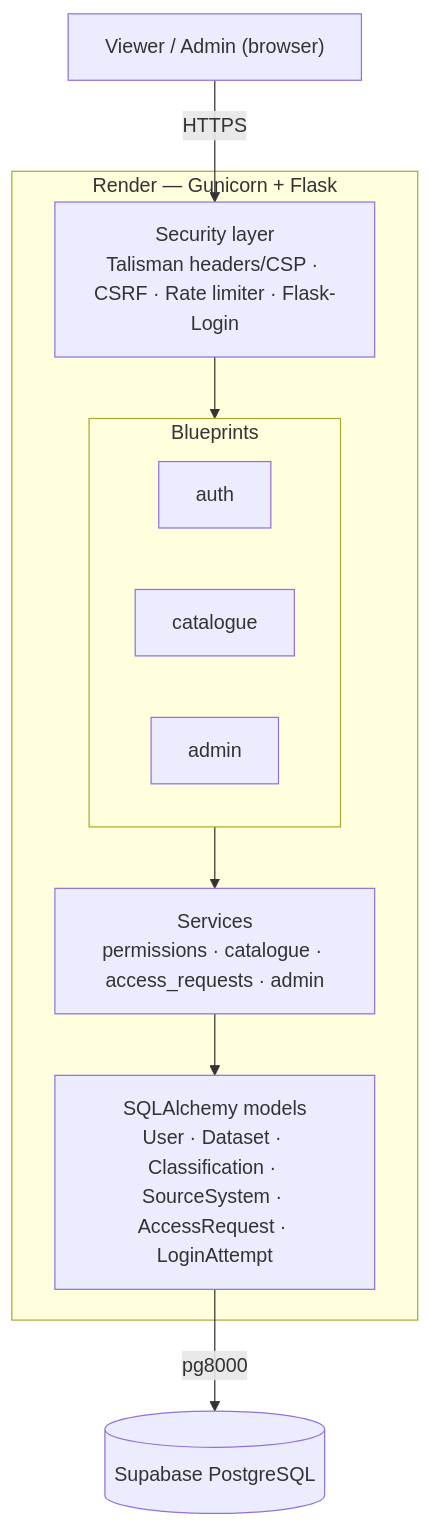
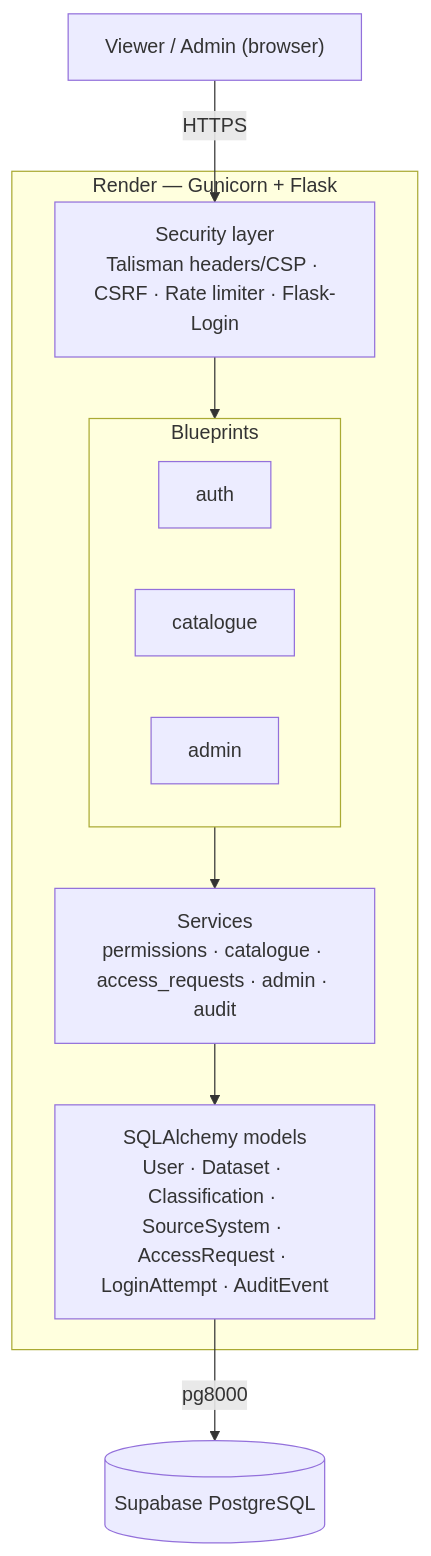
The first of 2 diagrams in README.md (Y1I1/SWE-dataset-catalogue), drawn with Mermaid before and after one commit. The commit also changed other lines of this file and 25 other files, not shown here.

````diff
--- a/README.md
+++ b/README.md
@@ -79,16 +81,16 @@
 ```mermaid
 flowchart TB
     U["Viewer / Admin (browser)"] -->|HTTPS| MW
     subgraph Host["Render — Gunicorn + Flask"]
       MW["Security layer<br/>Talisman headers/CSP · CSRF · Rate limiter · Flask-Login"]
       subgraph BP["Blueprints"]
         A["auth"]
         C["catalogue"]
         AD["admin"]
       end
-      SVC["Services<br/>permissions · catalogue · access_requests · admin"]
-      ORM["SQLAlchemy models<br/>User · Dataset · Classification · SourceSystem · AccessRequest · LoginAttempt"]
+      SVC["Services<br/>permissions · catalogue · access_requests · admin · audit"]
+      ORM["SQLAlchemy models<br/>User · Dataset · Classification · SourceSystem · AccessRequest · LoginAttempt · AuditEvent"]
       MW --> BP --> SVC --> ORM
     end
     ORM -->|pg8000| DB[("Supabase PostgreSQL")]
 ```
````
